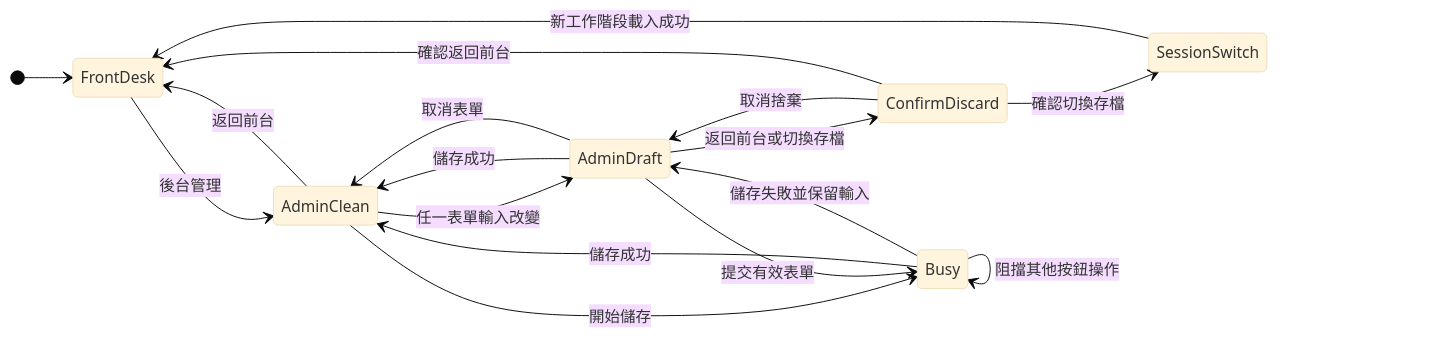
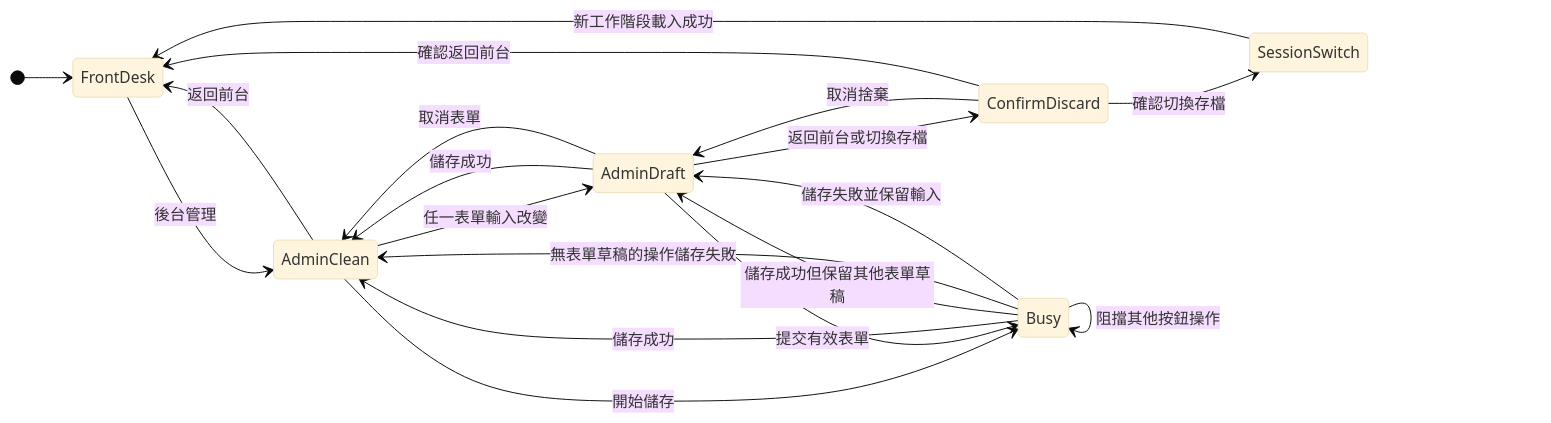
One commit to Ansenchen123/factory-manager-portable changed the third of 15 diagrams in docs/state-machine.md. Above: the diagram before and after it, drawn with Mermaid (base theme). The commit also changed other lines of this file, not shown here.

````diff
--- a/docs/state-machine.md
+++ b/docs/state-machine.md
@@ -129,21 +141,23 @@
 ```mermaid
 stateDiagram-v2
     direction LR
 
     [*] --> FrontDesk
     FrontDesk --> AdminClean: 後台管理
     AdminClean --> FrontDesk: 返回前台
     AdminClean --> AdminDraft: 任一表單輸入改變
     AdminDraft --> AdminClean: 儲存成功
     AdminDraft --> AdminClean: 取消表單
     AdminDraft --> ConfirmDiscard: 返回前台或切換存檔
     ConfirmDiscard --> AdminDraft: 取消捨棄
     ConfirmDiscard --> FrontDesk: 確認返回前台
     ConfirmDiscard --> SessionSwitch: 確認切換存檔
     SessionSwitch --> FrontDesk: 新工作階段載入成功
     AdminClean --> Busy: 開始儲存
     AdminDraft --> Busy: 提交有效表單
     Busy --> AdminClean: 儲存成功
+    Busy --> AdminDraft: 儲存成功但保留其他表單草稿
+    Busy --> AdminClean: 無表單草稿的操作儲存失敗
     Busy --> AdminDraft: 儲存失敗並保留輸入
     Busy --> Busy: 阻擋其他按鈕操作
 ```
````
